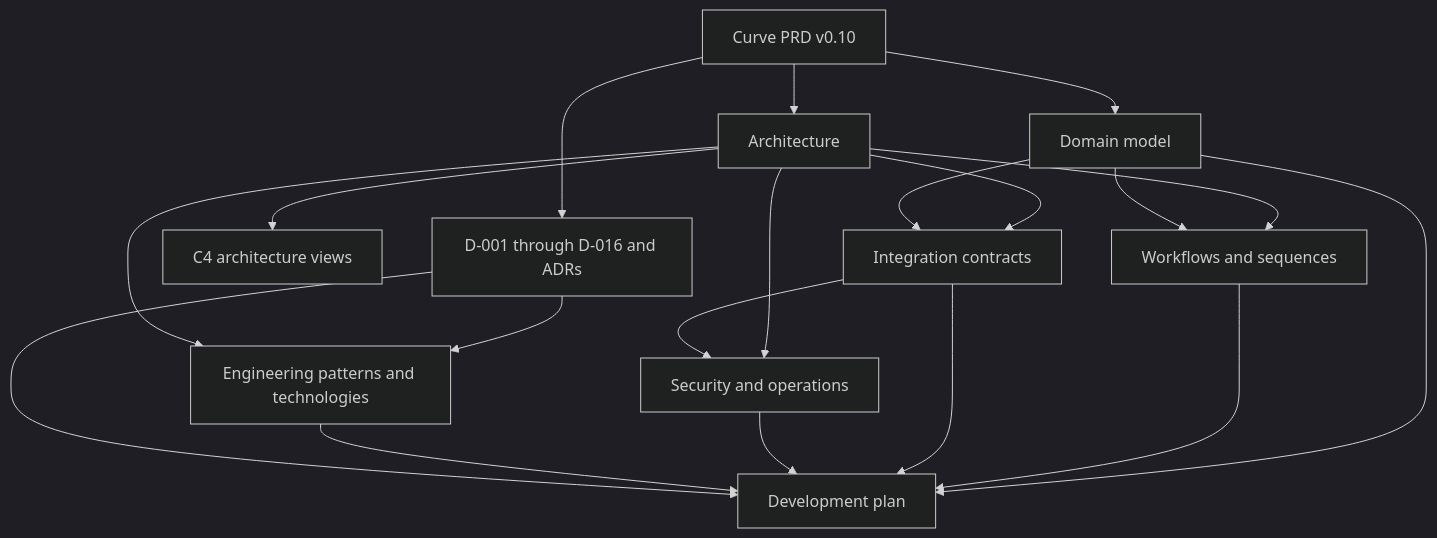
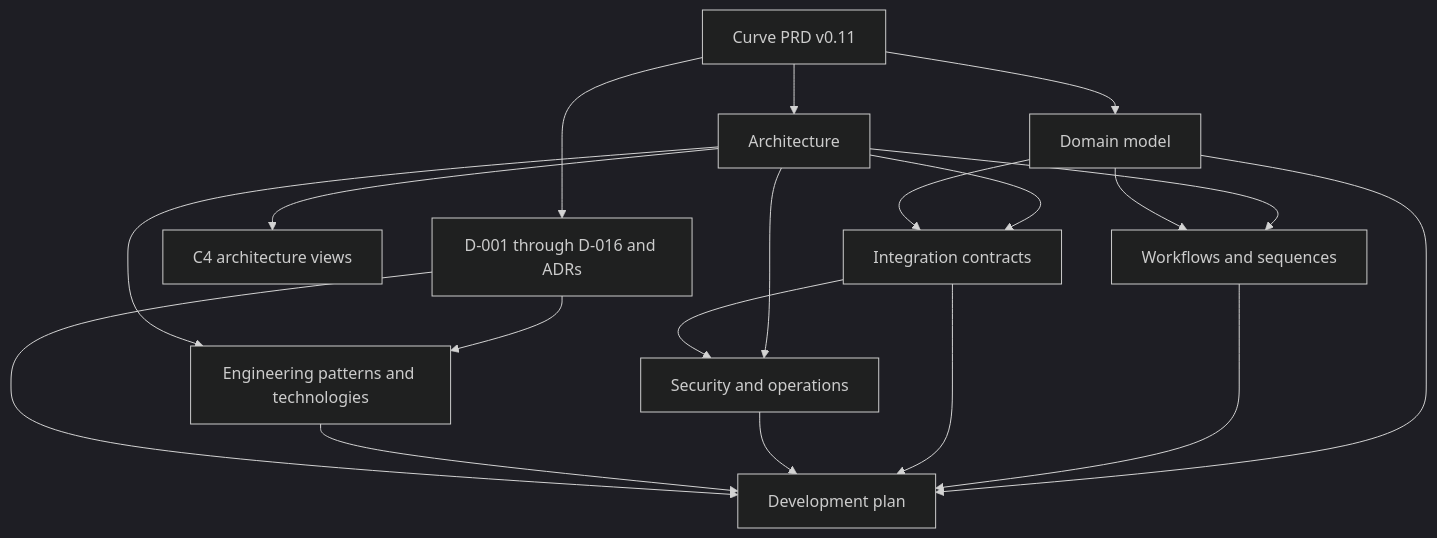
One commit to faocampo/curve changed the diagram in docs/technical/README.md. Above: the diagram before and after it, drawn with Mermaid (dark theme). The commit also changed other lines of this file and 16 other files, not shown here.

````diff
--- a/docs/technical/README.md
+++ b/docs/technical/README.md
@@ -98,21 +98,21 @@
 ```mermaid
 flowchart TD
-    prd["Curve PRD v0.10"] --> decisions["D-001 through D-016 and ADRs"]
+    prd["Curve PRD v0.11"] --> decisions["D-001 through D-016 and ADRs"]
     prd --> architecture[Architecture]
     architecture --> c4["C4 architecture views"]
     prd --> domain[Domain model]
     architecture --> workflows[Workflows and sequences]
     domain --> workflows
     architecture --> integrations[Integration contracts]
     domain --> integrations
     architecture --> security[Security and operations]
     integrations --> security
     decisions --> technology["Engineering patterns and technologies"]
     architecture --> technology
     domain --> plan[Development plan]
     workflows --> plan
     integrations --> plan
     security --> plan
     technology --> plan
     decisions --> plan
 ```
````
